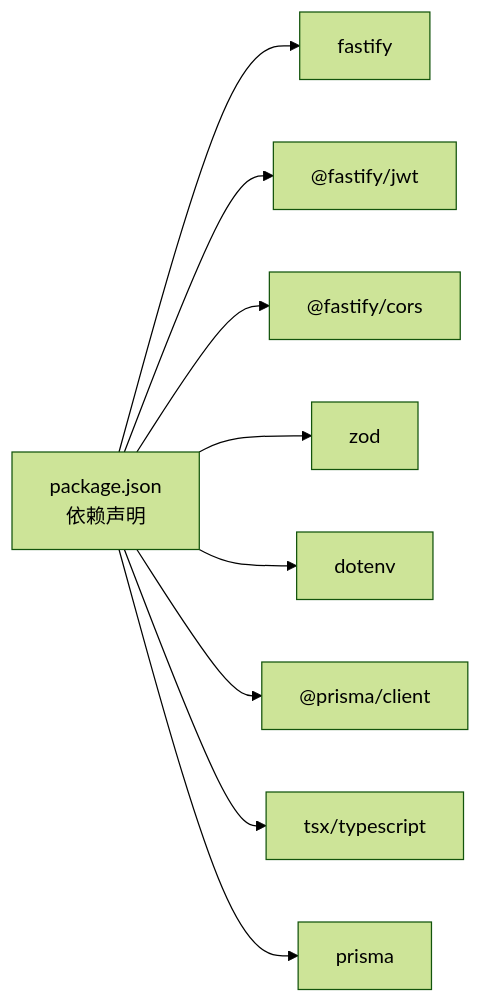
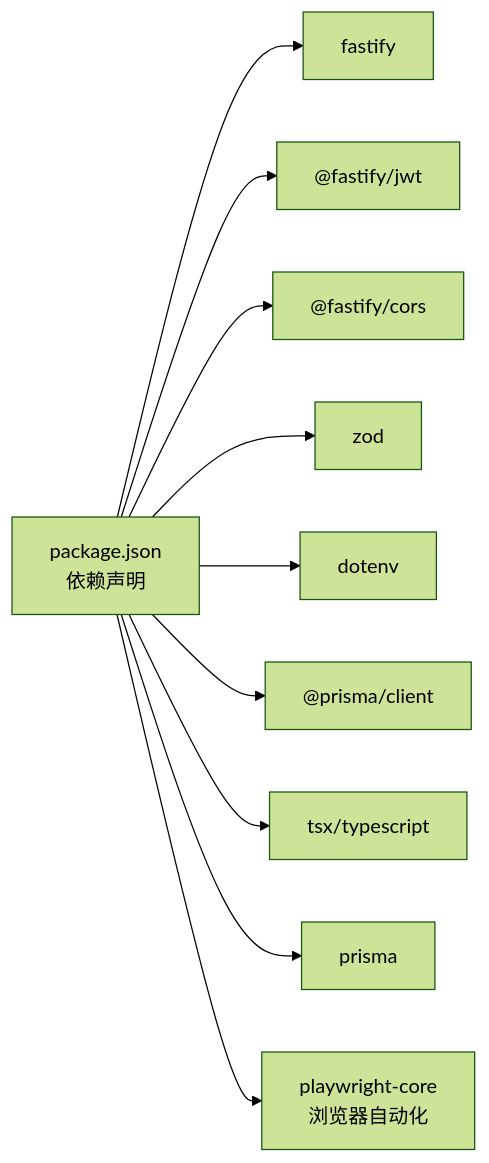
One commit to iljahofbauer219-lang/yandu changed the seventh of 7 diagrams in .qoder/repowiki/zh/content/核心服务/后端服务器基础设施.md. Above: the diagram before and after it, drawn with Mermaid (forest theme). The commit also changed other lines of this file and 340 other files, not shown here.

````diff
--- a/.qoder/repowiki/zh/content/核心服务/后端服务器基础设施.md
+++ b/.qoder/repowiki/zh/content/核心服务/后端服务器基础设施.md
@@ -236,11 +333,12 @@
 ```mermaid
 graph LR
 Pkg["package.json<br/>依赖声明"] --> F["fastify"]
 Pkg --> J["@fastify/jwt"]
 Pkg --> C["@fastify/cors"]
 Pkg --> Z["zod"]
 Pkg --> D["dotenv"]
 Pkg --> PC["@prisma/client"]
 Pkg --> T["tsx/typescript"]
 Pkg --> PR["prisma"]
+Pkg --> PW["playwright-core<br/>浏览器自动化"]
 ```
````
